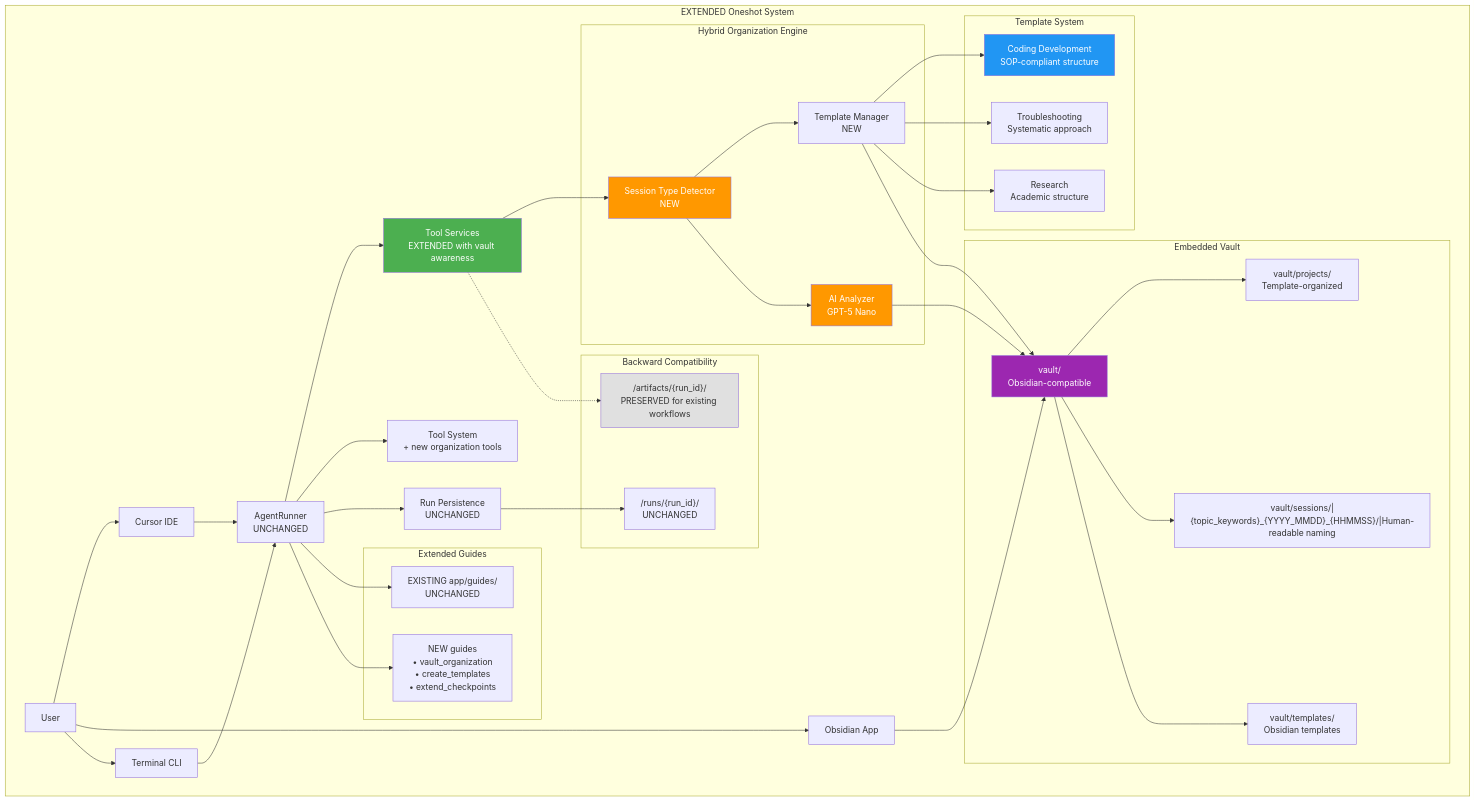
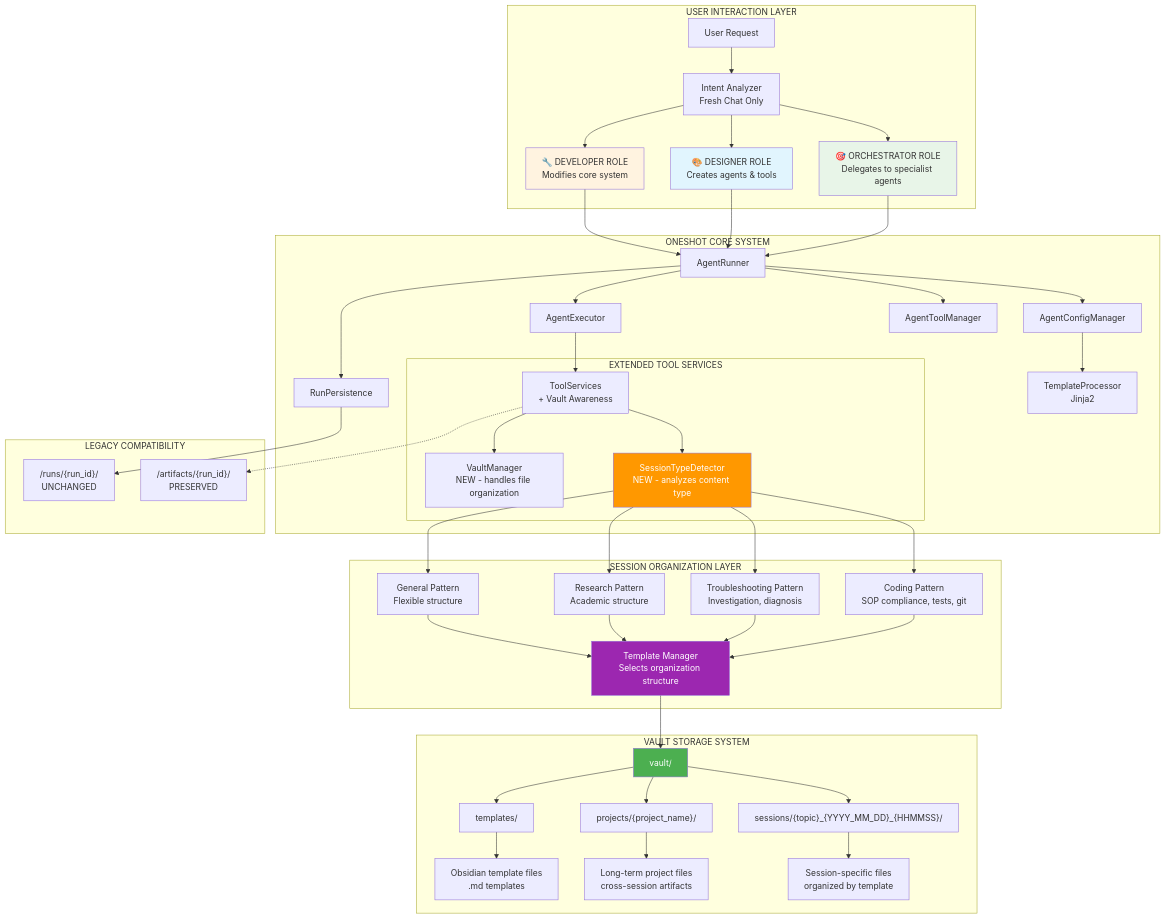
The second of 13 diagrams in tasks/2025-08-26_Clean_GlobalDocs_Implementation/MASTER_Architecture_UMLs_Clean_Implementation.md (zenprotheos/agentoptimizer), drawn with Mermaid before and after one commit. The commit also changed other lines of this file, not shown here.

First line of the commit message:
[UPDATE] Clarify Architecture and Distinguish Agent Roles from Session Templates

````diff
--- a/tasks/2025-08-26_Clean_GlobalDocs_Implementation/MASTER_Architecture_UMLs_Clean_Implementation.md
+++ b/tasks/2025-08-26_Clean_GlobalDocs_Implementation/MASTER_Architecture_UMLs_Clean_Implementation.md
@@ -78,72 +86,68 @@
 ```mermaid
 graph TB
-    subgraph "EXTENDED Oneshot System"
-        USER[User] --> CURSOR[Cursor IDE]
-        USER --> OBSIDIAN[Obsidian App]
-        USER --> CLI[Terminal CLI]
+    subgraph "USER INTERACTION LAYER"
+        USER[User Request] --> ANALYZER[Intent Analyzer<br/>Fresh Chat Only]
         
-        CURSOR --> AR[AgentRunner<br/>UNCHANGED]
-        CLI --> AR
-        OBSIDIAN --> VAULT
+        ANALYZER --> ORCHESTRATOR_ROLE["🎯 ORCHESTRATOR ROLE<br/>Delegates to specialist agents"]
+        ANALYZER --> DESIGNER_ROLE["🎨 DESIGNER ROLE<br/>Creates agents & tools"] 
+        ANALYZER --> DEVELOPER_ROLE["🔧 DEVELOPER ROLE<br/>Modifies core system"]
+    end
+    
+    subgraph "ONESHOT CORE SYSTEM"
+        ORCHESTRATOR_ROLE --> AR[AgentRunner]
+        DESIGNER_ROLE --> AR
+        DEVELOPER_ROLE --> AR
         
-        AR --> ENHANCED_TSV[Tool Services<br/>EXTENDED with vault awareness]
-        AR --> TS[Tool System<br/>+ new organization tools]
-        AR --> RP[Run Persistence<br/>UNCHANGED]
+        AR --> CONFIG_MGR[AgentConfigManager]
+        AR --> TOOL_MGR[AgentToolManager]
+        AR --> EXECUTOR[AgentExecutor]
+        AR --> RUN_PERSIST[RunPersistence]
         
-        subgraph "Hybrid Organization Engine"
-            TYPE_DETECTOR[Session Type Detector<br/>NEW]
-            TEMPLATE_MGR[Template Manager<br/>NEW]
-            AI_ANALYZER[AI Analyzer<br/>GPT-5 Nano]
+        CONFIG_MGR --> TEMPLATE_PROC[TemplateProcessor<br/>Jinja2]
+        
+        subgraph "EXTENDED TOOL SERVICES"
+            ENHANCED_TSV[ToolServices<br/>+ Vault Awareness]
+            SESSION_DETECTOR[SessionTypeDetector<br/>NEW - analyzes content type]
+            VAULT_MGR[VaultManager<br/>NEW - handles file organization]
         end
         
-        ENHANCED_TSV --> TYPE_DETECTOR
-        TYPE_DETECTOR --> TEMPLATE_MGR
-        TYPE_DETECTOR --> AI_ANALYZER
-        
-        subgraph "Template System"
-            CODING_TEMPLATE[Coding Development<br/>SOP-compliant structure]
-            TROUBLESHOOT_TEMPLATE[Troubleshooting<br/>Systematic approach]
-            RESEARCH_TEMPLATE[Research<br/>Academic structure]
-        end
-        
-        TEMPLATE_MGR --> CODING_TEMPLATE
-        TEMPLATE_MGR --> TROUBLESHOOT_TEMPLATE
-        TEMPLATE_MGR --> RESEARCH_TEMPLATE
-        
-        subgraph "Embedded Vault"
-            VAULT["vault/<br/>Obsidian-compatible"]
-            PROJECTS["vault/projects/<br/>Template-organized"]
-            SESSIONS["vault/sessions/|{topic_keywords}_{YYYY_MMDD}_{HHMMSS}/|Human-readable naming"]
-            VAULT_TEMPLATES["vault/templates/<br/>Obsidian templates"]
-        end
-        
-        TEMPLATE_MGR --> VAULT
-        AI_ANALYZER --> VAULT
-        VAULT --> PROJECTS
-        VAULT --> SESSIONS
-        VAULT --> VAULT_TEMPLATES
-        
-        subgraph "Extended Guides"
-            EXISTING_GUIDES["EXISTING app/guides/<br/>UNCHANGED"]
-            NEW_GUIDES["NEW guides<br/>• vault_organization<br/>• create_templates<br/>• extend_checkpoints"]
-        end
-        
-        AR --> EXISTING_GUIDES
-        AR --> NEW_GUIDES
-        
-        subgraph "Backward Compatibility"
-            LEGACY_ARTIFACTS["/artifacts/{run_id}/<br/>PRESERVED for existing workflows"]
-            LEGACY_RUNS["/runs/{run_id}/<br/>UNCHANGED"]
-        end
-        
-        ENHANCED_TSV -.-> LEGACY_ARTIFACTS
-        RP --> LEGACY_RUNS
+        EXECUTOR --> ENHANCED_TSV
+        ENHANCED_TSV --> SESSION_DETECTOR
+        ENHANCED_TSV --> VAULT_MGR
     end
     
-    style ENHANCED_TSV fill:#4caf50,color:#fff
-    style TYPE_DETECTOR fill:#ff9800,color:#fff
-    style AI_ANALYZER fill:#ff9800,color:#fff
-    style VAULT fill:#9c27b0,color:#fff
-    style CODING_TEMPLATE fill:#2196f3,color:#fff
-    style LEGACY_ARTIFACTS fill:#e0e0e0
+    subgraph "SESSION ORGANIZATION LAYER"
+        SESSION_DETECTOR --> CODING_PATTERN[Coding Pattern<br/>SOP compliance, tests, git]
+        SESSION_DETECTOR --> TROUBLESHOOT_PATTERN[Troubleshooting Pattern<br/>Investigation, diagnosis]
+        SESSION_DETECTOR --> RESEARCH_PATTERN[Research Pattern<br/>Academic structure]
+        SESSION_DETECTOR --> GENERAL_PATTERN[General Pattern<br/>Flexible structure]
+        
+        CODING_PATTERN --> TEMPLATE_MGR[Template Manager<br/>Selects organization structure]
+        TROUBLESHOOT_PATTERN --> TEMPLATE_MGR
+        RESEARCH_PATTERN --> TEMPLATE_MGR
+        GENERAL_PATTERN --> TEMPLATE_MGR
+    end
+    
+    subgraph "VAULT STORAGE SYSTEM"
+        TEMPLATE_MGR --> VAULT_ROOT["vault/"]
+        VAULT_ROOT --> SESSIONS_DIR["sessions/{topic}_{YYYY_MM_DD}_{HHMMSS}/"]
+        VAULT_ROOT --> PROJECTS_DIR["projects/{project_name}/"]
+        VAULT_ROOT --> TEMPLATES_DIR["templates/"]
+        
+        SESSIONS_DIR --> SESSION_FILES[Session-specific files<br/>organized by template]
+        PROJECTS_DIR --> PROJECT_FILES[Long-term project files<br/>cross-session artifacts]
+        TEMPLATES_DIR --> OBSIDIAN_TEMPLATES[Obsidian template files<br/>.md templates]
+    end
+    
+    subgraph "LEGACY COMPATIBILITY"
+        ENHANCED_TSV -.-> ARTIFACTS["/artifacts/{run_id}/<br/>PRESERVED"]
+        RUN_PERSIST --> RUNS["/runs/{run_id}/<br/>UNCHANGED"]
+    end
+    
+    style ORCHESTRATOR_ROLE fill:#e8f5e8
+    style DESIGNER_ROLE fill:#e1f5fe
+    style DEVELOPER_ROLE fill:#fff3e0
+    style SESSION_DETECTOR fill:#ff9800,color:#fff
+    style TEMPLATE_MGR fill:#9c27b0,color:#fff
+    style VAULT_ROOT fill:#4caf50,color:#fff
 ```
````
